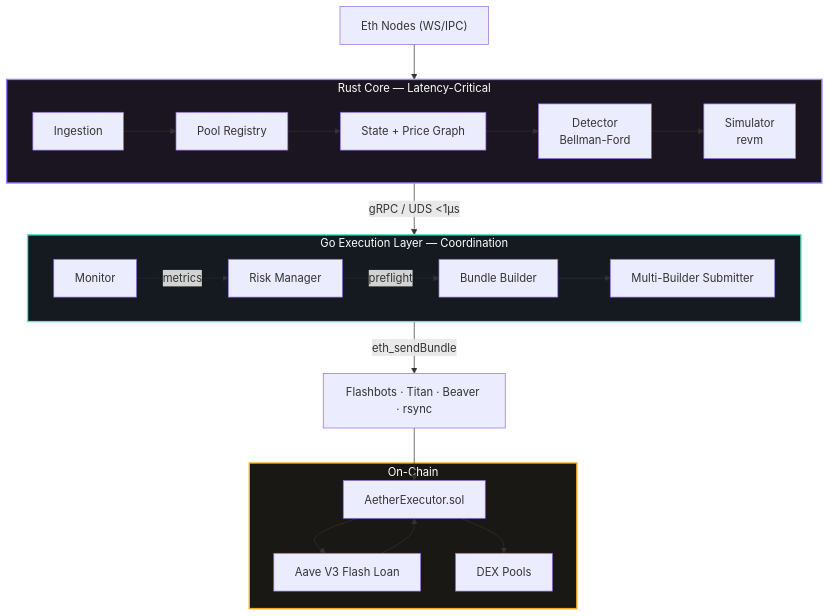
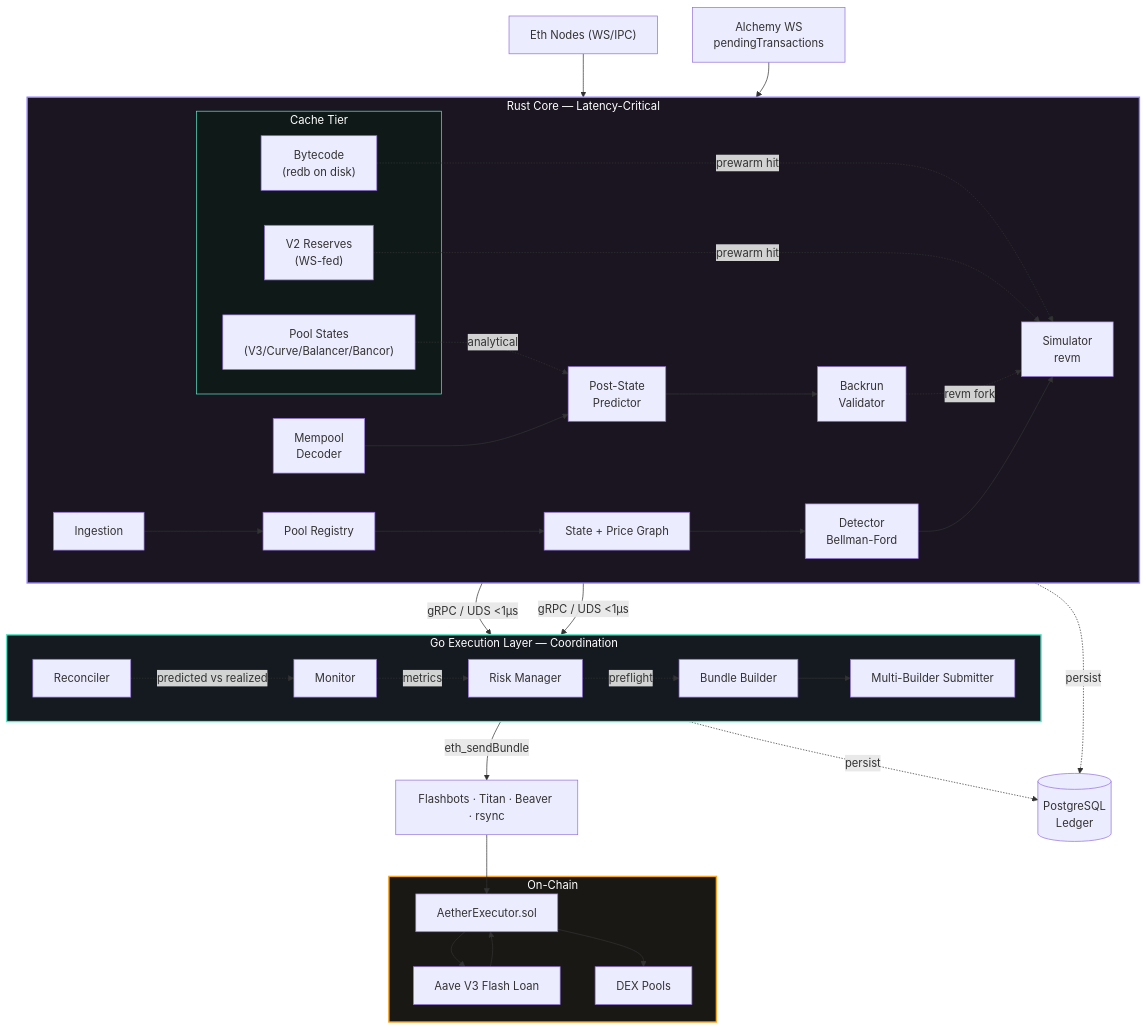
One commit to Pablosinyores/aether changed the first of 3 diagrams in README.md. Above: the diagram before and after it, drawn with Mermaid. The commit also changed other lines of this file, not shown here.

First line of the commit message:
docs(readme): refresh for mempool backrun, decoder coverage, cache tier

````diff
--- a/README.md
+++ b/README.md
@@ -30,34 +34,56 @@
 ```mermaid
 graph TB
     ETH["Eth Nodes (WS/IPC)"]
+    ALCH["Alchemy WS<br/>pendingTransactions"]
 
     subgraph RUST["Rust Core — Latency-Critical"]
         direction LR
         IG["Ingestion"] --> PR["Pool Registry"] --> SM["State + Price Graph"]
         SM --> DT["Detector<br/>Bellman-Ford"] --> SIM["Simulator<br/>revm"]
+
+        MP["Mempool<br/>Decoder"] --> PP["Post-State<br/>Predictor"] --> MV["Backrun<br/>Validator"]
+
+        subgraph CACHE["Cache Tier"]
+            BC["Bytecode<br/>(redb on disk)"]
+            VR["V2 Reserves<br/>(WS-fed)"]
+            PS["Pool States<br/>(V3/Curve/Balancer/Bancor)"]
+        end
+
+        BC -.->|prewarm hit| SIM
+        VR -.->|prewarm hit| SIM
+        PS -.->|analytical| PP
+        MV -.->|revm fork| SIM
     end
 
     subgraph GO["Go Execution Layer — Coordination"]
         direction LR
         EX["Bundle Builder"] --> SUB["Multi-Builder Submitter"]
         RM["Risk Manager"] -.->|preflight| EX
         MN["Monitor"] -.->|metrics| RM
+        REC["Reconciler"] -.->|predicted vs realized| MN
     end
 
     BUILDERS["Flashbots · Titan · Beaver · rsync"]
 
     subgraph CHAIN["On-Chain"]
         AE["AetherExecutor.sol"] --> AAVE["Aave V3 Flash Loan"]
         AAVE --> AE
         AE --> DEXES["DEX Pools"]
     end
 
+    LEDGER[("PostgreSQL<br/>Ledger")]
+
     ETH --> IG
+    ALCH --> MP
     SIM -->|gRPC / UDS <1μs| EX
+    MV -->|gRPC / UDS <1μs| EX
     SUB -->|eth_sendBundle| BUILDERS
     BUILDERS --> AE
+    EX -.->|persist| LEDGER
+    MV -.->|persist| LEDGER
 
     style RUST fill:#1a1520,stroke:#9580ff,stroke-width:2px,color:#fff
     style GO fill:#151a20,stroke:#5ce6c7,stroke-width:2px,color:#fff
     style CHAIN fill:#1a1815,stroke:#f5a623,stroke-width:2px,color:#fff
+    style CACHE fill:#0f1a18,stroke:#5ce6c7,stroke-width:1px,color:#fff
 ```
````
